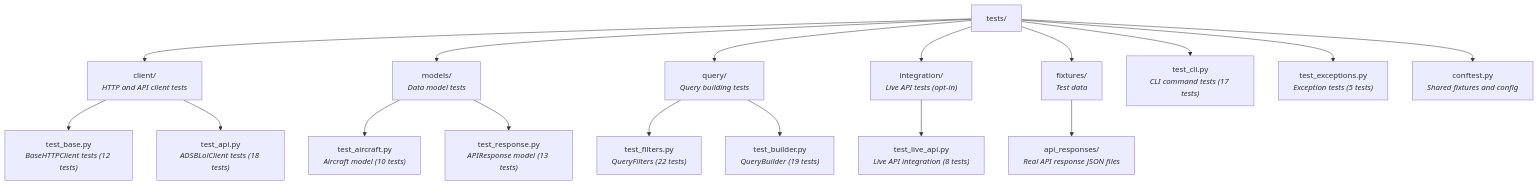
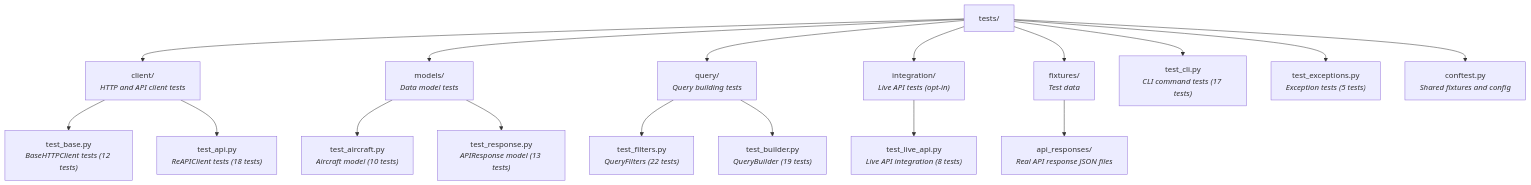
One commit to tedivm/skysnoop changed the diagram in docs/dev/testing.md. Above: the diagram before and after it, drawn with Mermaid. The commit also changed other lines of this file and 59 other files, not shown here.

````diff
--- a/docs/dev/testing.md
+++ b/docs/dev/testing.md
@@ -15,26 +15,26 @@
 ```mermaid
 graph TD
     tests["tests/"]
 
     tests --> client["client/<br/><i>HTTP and API client tests</i>"]
     tests --> models["models/<br/><i>Data model tests</i>"]
     tests --> query["query/<br/><i>Query building tests</i>"]
     tests --> integration["integration/<br/><i>Live API tests (opt-in)</i>"]
     tests --> fixtures["fixtures/<br/><i>Test data</i>"]
     tests --> cli["test_cli.py<br/><i>CLI command tests (17 tests)</i>"]
     tests --> exceptions["test_exceptions.py<br/><i>Exception tests (5 tests)</i>"]
     tests --> conftest["conftest.py<br/><i>Shared fixtures and config</i>"]
 
     client --> base["test_base.py<br/><i>BaseHTTPClient tests (12 tests)</i>"]
-    client --> api["test_api.py<br/><i>ADSBLolClient tests (18 tests)</i>"]
+    client --> api["test_api.py<br/><i>ReAPIClient tests (18 tests)</i>"]
 
     models --> aircraft["test_aircraft.py<br/><i>Aircraft model (10 tests)</i>"]
     models --> response["test_response.py<br/><i>APIResponse model (13 tests)</i>"]
 
     query --> qfilters["test_filters.py<br/><i>QueryFilters (22 tests)</i>"]
     query --> builder["test_builder.py<br/><i>QueryBuilder (19 tests)</i>"]
 
     integration --> live["test_live_api.py<br/><i>Live API integration (8 tests)</i>"]
 
     fixtures --> apiresponses["api_responses/<br/><i>Real API response JSON files</i>"]
 ```
````
